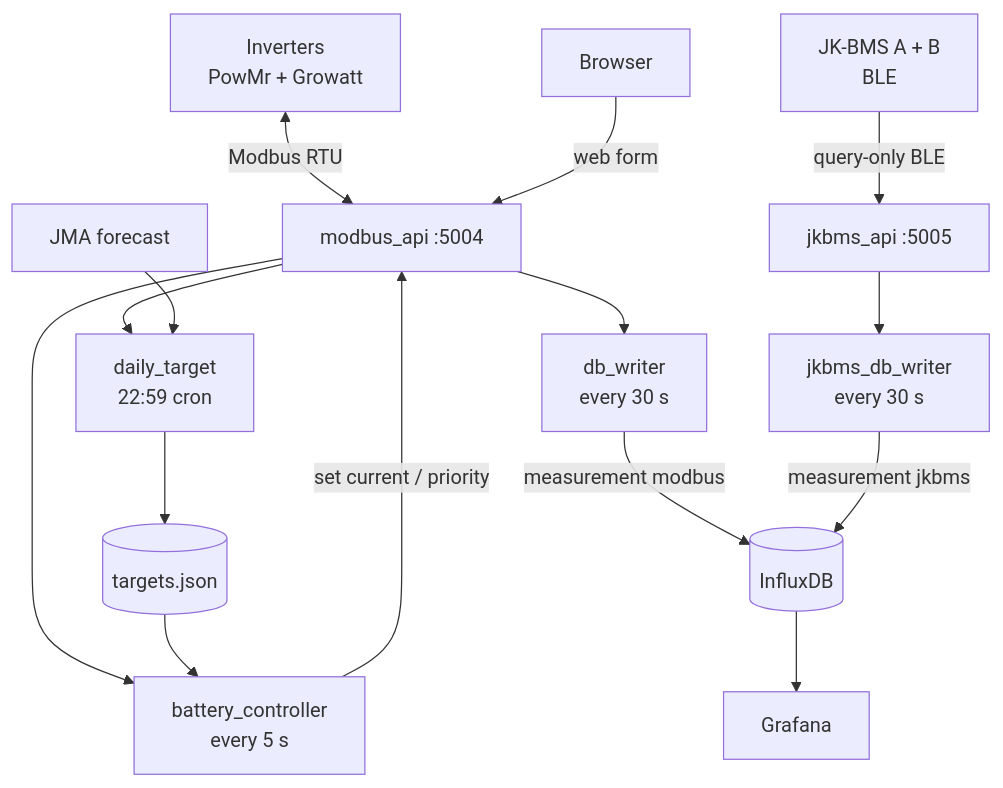
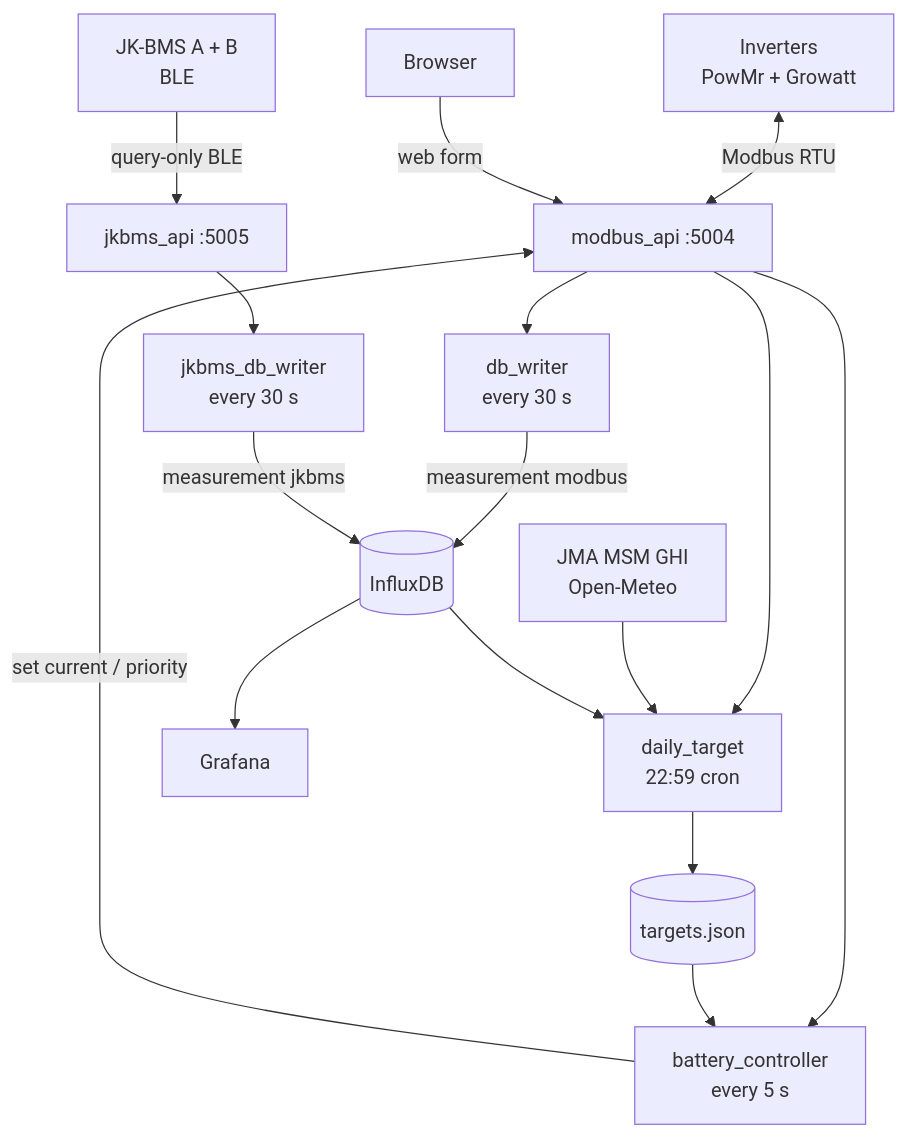
Before and after one commit to sadaoikebe/srne-solar-controller: the diagram in README.md, drawn with Mermaid. The commit also changed other lines of this file and 4 other files, not shown here.

````diff
--- a/README.md
+++ b/README.md
@@ -26,25 +26,26 @@
 ```mermaid
 graph TD
     INV[Inverters<br/>PowMr + Growatt]
     BMS[JK-BMS A + B<br/>BLE]
-    JMA[JMA forecast]
+    JMA[JMA MSM GHI<br/>Open-Meteo]
     USER[Browser]
 
     INV <-->|Modbus RTU| API[modbus_api :5004]
     BMS -->|query-only BLE| JB[jkbms_api :5005]
     USER -->|web form| API
 
     API --> BC[battery_controller<br/>every 5 s]
     API --> DW[db_writer<br/>every 30 s]
     API --> DT[daily_target<br/>22:59 cron]
     JB --> JW[jkbms_db_writer<br/>every 30 s]
     BC -->|set current / priority| API
 
     JMA --> DT
     DT --> TJ[(targets.json)]
     TJ --> BC
 
     DW -->|measurement modbus| IF[(InfluxDB)]
     JW -->|measurement jkbms| IF
+    IF --> DT
     IF --> GF[Grafana]
 ```
````
